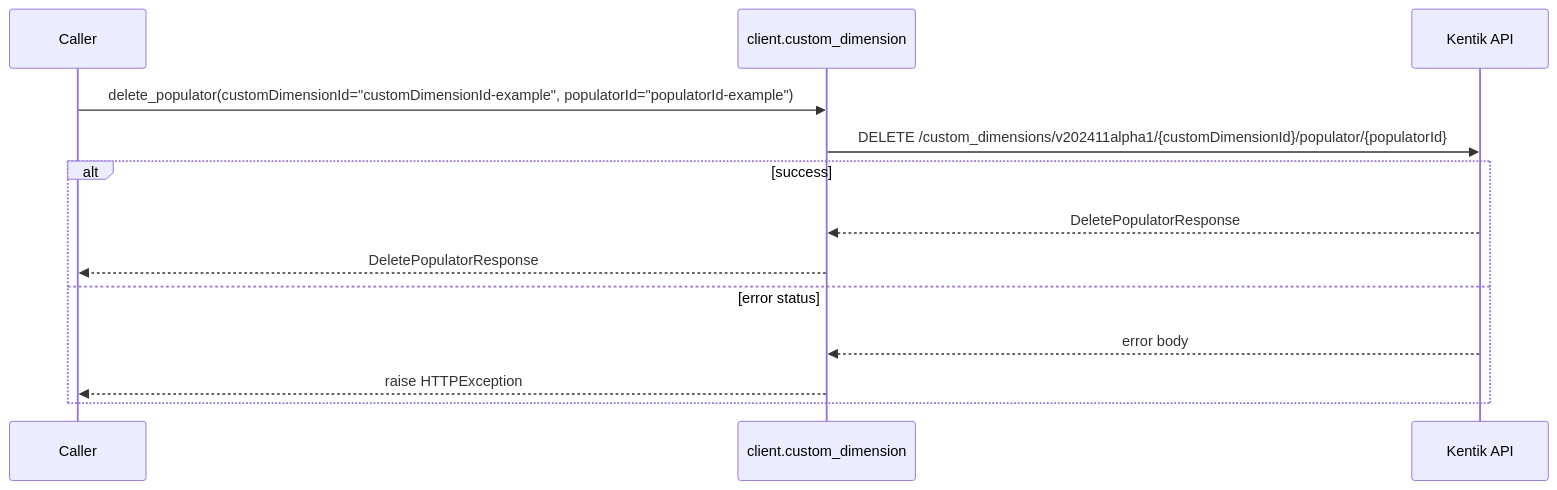
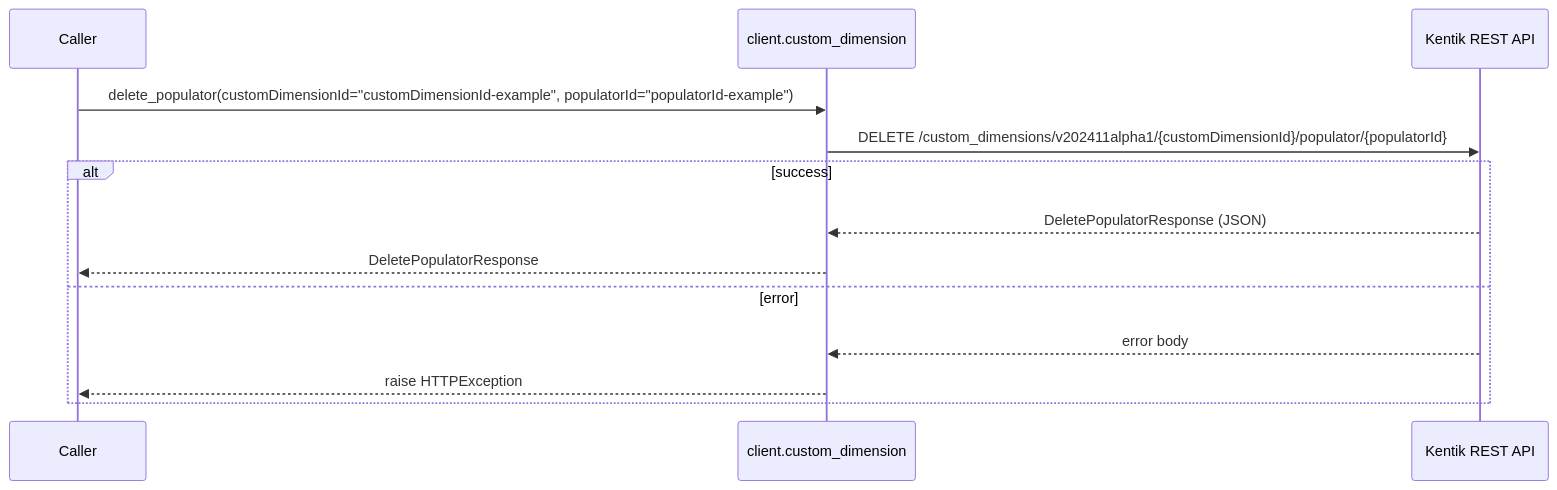
Diagram 16 of 22 in docs/sphinx/services/custom_dimension.md (alexdearaujo/community_sdk_python), drawn with Mermaid before and after one commit. The commit also changed other lines of this file and 61 other files, not shown here.

````diff
--- a/docs/sphinx/services/custom_dimension.md
+++ b/docs/sphinx/services/custom_dimension.md
@@ -383,16 +560,16 @@
 ```mermaid
 sequenceDiagram
     participant C as Caller
     participant W as client.custom_dimension
-    participant API as Kentik API
+    participant API as Kentik REST API
 
     C->>W: delete_populator(customDimensionId="customDimensionId-example", populatorId="populatorId-example")
     W->>API: DELETE /custom_dimensions/v202411alpha1/{customDimensionId}/populator/{populatorId}
     alt success
-        API-->>W: DeletePopulatorResponse
+        API-->>W: DeletePopulatorResponse (JSON)
         W-->>C: DeletePopulatorResponse
-    else error status
+    else error
         API-->>W: error body
         W-->>C: raise HTTPException
     end
 ```
````
